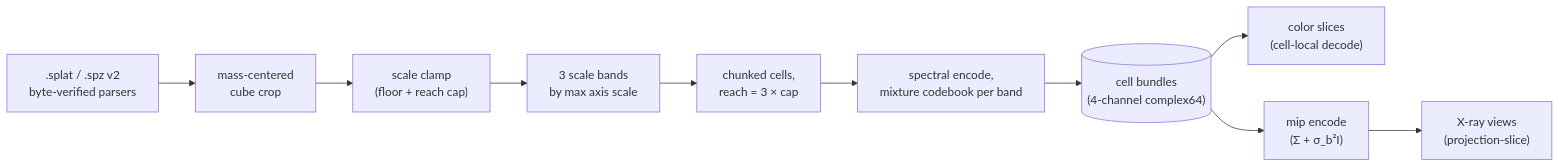
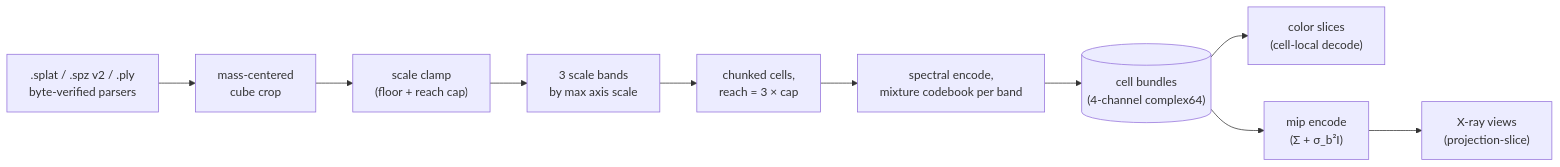
One commit to squatch-stack/hdc-holo changed the diagram in docs/real-scenes.md. Above: the diagram before and after it, drawn with Mermaid. The commit also changed other lines of this file and 2 other files, not shown here.

First line of the commit message:
Publish the upstream details: ROADMAP, README, real-scenes brought current

````diff
--- a/docs/real-scenes.md
+++ b/docs/real-scenes.md
@@ -8,11 +8,11 @@
 ```mermaid
 flowchart LR
-    LOAD[".splat / .spz v2<br/>byte-verified parsers"] --> CROP["mass-centered<br/>cube crop"]
+    LOAD[".splat / .spz v2 / .ply<br/>byte-verified parsers"] --> CROP["mass-centered<br/>cube crop"]
     CROP --> CLAMP["scale clamp<br/>(floor + reach cap)"]
     CLAMP --> BAND["3 scale bands<br/>by max axis scale"]
     BAND --> CELLS["chunked cells,<br/>reach = 3 × cap"]
     CELLS --> ENC["spectral encode,<br/>mixture codebook per band"]
     ENC --> BUN[("cell bundles<br/>(4-channel complex64)")]
     BUN --> SLICE["color slices<br/>(cell-local decode)"]
     BUN --> MIP["mip encode<br/>(Σ + σ_b²I)"] --> XRAY["X-ray views<br/>(projection-slice)"]
 ```
````
